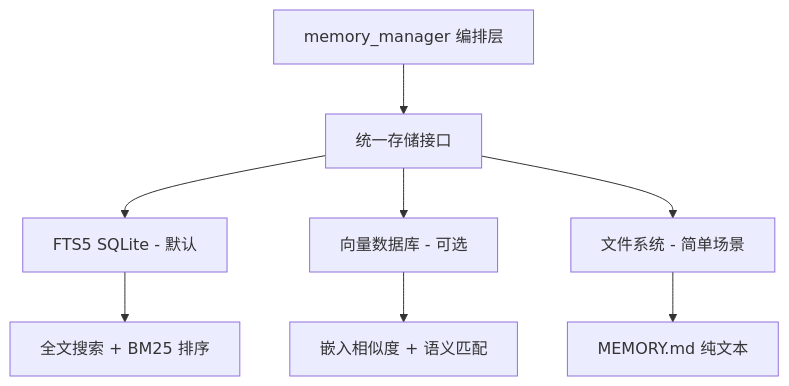
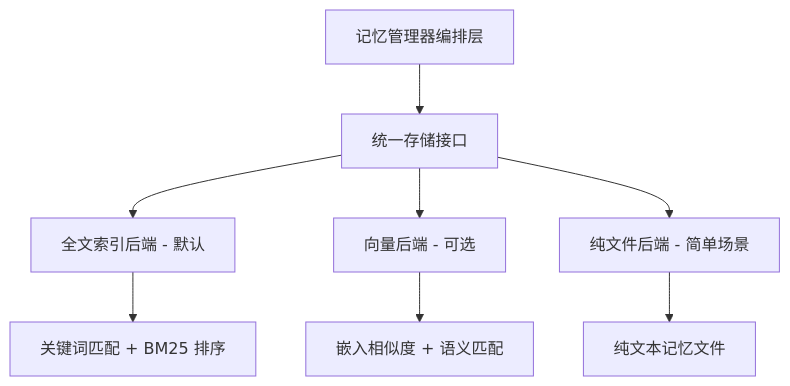
One commit to MKEy777/agent changed the third of 4 diagrams in docs/hermes-agent/06-memory.md. Above: the diagram before and after it, drawn with Mermaid. The commit also changed other lines of this file and 114 other files, not shown here.

First line of the commit message:
Add comprehensive documentation for Agent architecture and protocols

````diff
--- a/docs/hermes-agent/06-memory.md
+++ b/docs/hermes-agent/06-memory.md
@@ -79,10 +73,10 @@
 ```mermaid
 graph TB
-    A[memory_manager 编排层] --> B[统一存储接口]
-    B --> C[FTS5 SQLite - 默认]
-    B --> D[向量数据库 - 可选]
-    B --> E[文件系统 - 简单场景]
-    C --> F[全文搜索 + BM25 排序]
+    A[记忆管理器编排层] --> B[统一存储接口]
+    B --> C[全文索引后端 - 默认]
+    B --> D[向量后端 - 可选]
+    B --> E[纯文件后端 - 简单场景]
+    C --> F[关键词匹配 + BM25 排序]
     D --> G[嵌入相似度 + 语义匹配]
-    E --> H[MEMORY.md 纯文本]
+    E --> H[纯文本记忆文件]
 ```
````
